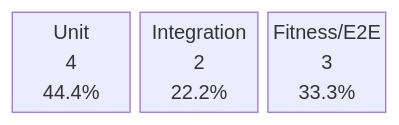
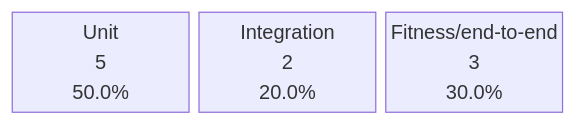
The first of 4 diagrams in docs/dashboard/index.md (viviparidae/biotope-matrix), drawn with Mermaid before and after one commit. The commit also changed other lines of this file and 3 other files, not shown here.

````diff
--- a/docs/dashboard/index.md
+++ b/docs/dashboard/index.md
@@ -21,13 +21,13 @@
 ```mermaid
 block-beta
     columns 3
     Unit["Unit
-4
-44.4%"]
+5
+50.0%"]
     Integration["Integration
 2
-22.2%"]
-    Fitness["Fitness/E2E
+20.0%"]
+    Fitness["Fitness/end-to-end
 3
-33.3%"]
+30.0%"]
 ```
````
